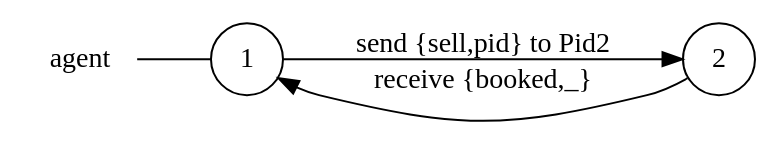
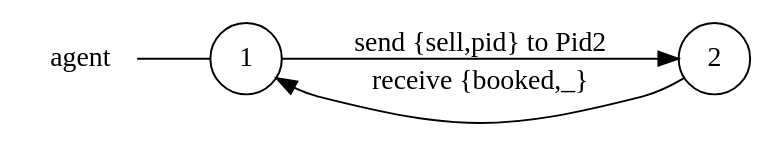
The diagram in examples/airline/agent_local_view.dot (gabrielegenovese/chorer), drawn with Graphviz before and after one commit. The commit also changed other lines of this file and 34 other files, not shown here.

```diff
--- a/examples/airline/agent_local_view.dot
+++ b/examples/airline/agent_local_view.dot
@@ -1,10 +1,10 @@
 digraph agent {
 	rankdir="LR";
 	n_0 [label="agent", shape="plaintext"];
 	n_1 [id="1", shape=circle, label="1"];
 	n_0 -> n_1 [arrowhead=none];
 	n_2 [id="3", shape=circle, label="2"];
 
+	n_1 -> n_2 [id="[$e|1]", label="send {sell,pid} to Pid2"];
 	n_2 -> n_1 [id="[$e|3]", label="receive {booked,_}"];
-	n_1 -> n_2 [id="[$e|1]", label="send {sell,pid} to Pid2"];
 }
```
